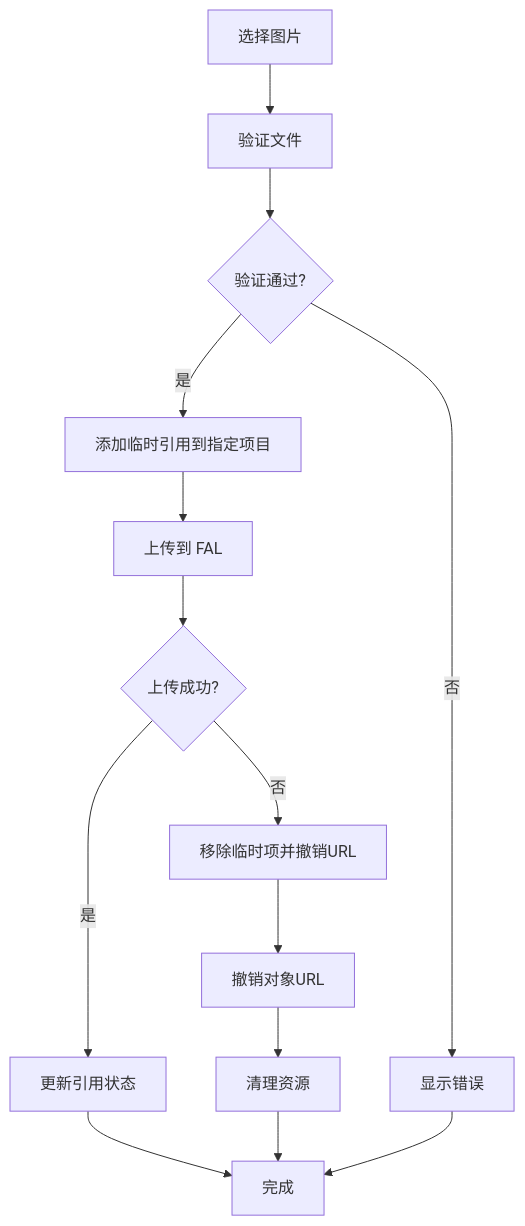
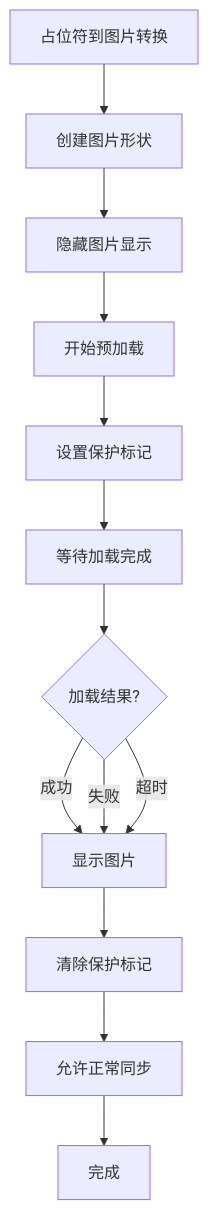
Diagram 13 of 18 in .qoder/repowiki/zh/content/状态管理系统.md (billye220670/BananaFlow2), drawn with Mermaid before and after one commit. The commit also changed other lines of this file and 6 other files, not shown here.

````diff
--- a/.qoder/repowiki/zh/content/状态管理系统.md
+++ b/.qoder/repowiki/zh/content/状态管理系统.md
@@ -736,16 +610,15 @@
 ```mermaid
 flowchart TD
-Select[选择图片] --> Validate[验证文件]
-Validate --> Valid{验证通过?}
-Valid --> |否| Error[显示错误]
-Valid --> |是| AddTemp[添加临时引用到指定项目]
-AddTemp --> Upload[上传到 FAL]
-Upload --> UploadSuccess{上传成功?}
-UploadSuccess --> |否| RemoveTemp[移除临时项并撤销URL]
-UploadSuccess --> |是| UpdateRef[更新引用状态]
-UpdateRef --> Done[完成]
-RemoveTemp --> RevokeURL[撤销对象URL]
-RevokeURL --> Cleanup[清理资源]
-Cleanup --> Done
-Error --> Done
+Transition[占位符到图片转换] --> CreateImageShape[创建图片形状]
+CreateImageShape --> HideImage[隐藏图片显示]
+HideImage --> StartPreload[开始预加载]
+StartPreload --> SetProtection[设置保护标记]
+SetProtection --> WaitLoad[等待加载完成]
+WaitLoad --> CheckResult{加载结果?}
+CheckResult --> |成功| ShowImage[显示图片]
+CheckResult --> |失败| ShowImage
+CheckResult --> |超时| ShowImage
+ShowImage --> ClearProtection[清除保护标记]
+ClearProtection --> AllowSync[允许正常同步]
+AllowSync --> End[完成]
 ```
````
